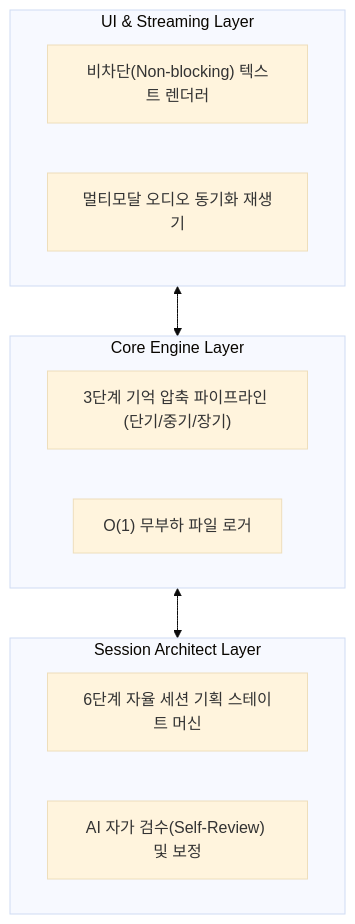
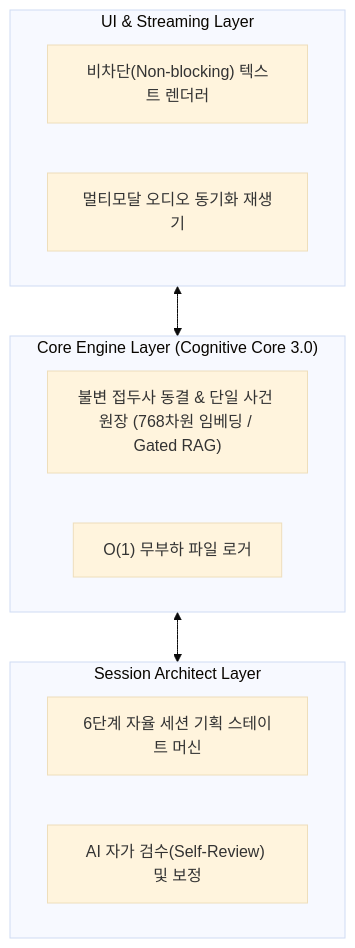
Before and after one commit to jin20203458/Obsidian.Agent: the diagram in GRC/docs/00_project_overview.md, drawn with Mermaid (base theme). The commit also changed other lines of this file and 3 other files, not shown here.

````diff
--- a/GRC/docs/00_project_overview.md
+++ b/GRC/docs/00_project_overview.md
@@ -50,20 +53,20 @@
 ```mermaid
 graph TB
     subgraph UI ["UI & Streaming Layer"]
         U1["비차단(Non-blocking) 텍스트 렌더러"]
         U2["멀티모달 오디오 동기화 재생기"]
     end
 
-    subgraph ENGINE ["Core Engine Layer"]
-        E1["3단계 기억 압축 파이프라인 (단기/중기/장기)"]
+    subgraph ENGINE ["Core Engine Layer (Cognitive Core 3.0)"]
+        E1["불변 접두사 동결 & 단일 사건 원장 (768차원 임베딩 / Gated RAG)"]
         E2["O(1) 무부하 파일 로거"]
     end
 
     subgraph ARCHITECT ["Session Architect Layer"]
         A1["6단계 자율 세션 기획 스테이트 머신"]
         A2["AI 자가 검수(Self-Review) 및 보정"]
     end
 
     UI <--> ENGINE
     ENGINE <--> ARCHITECT
 ```
````
